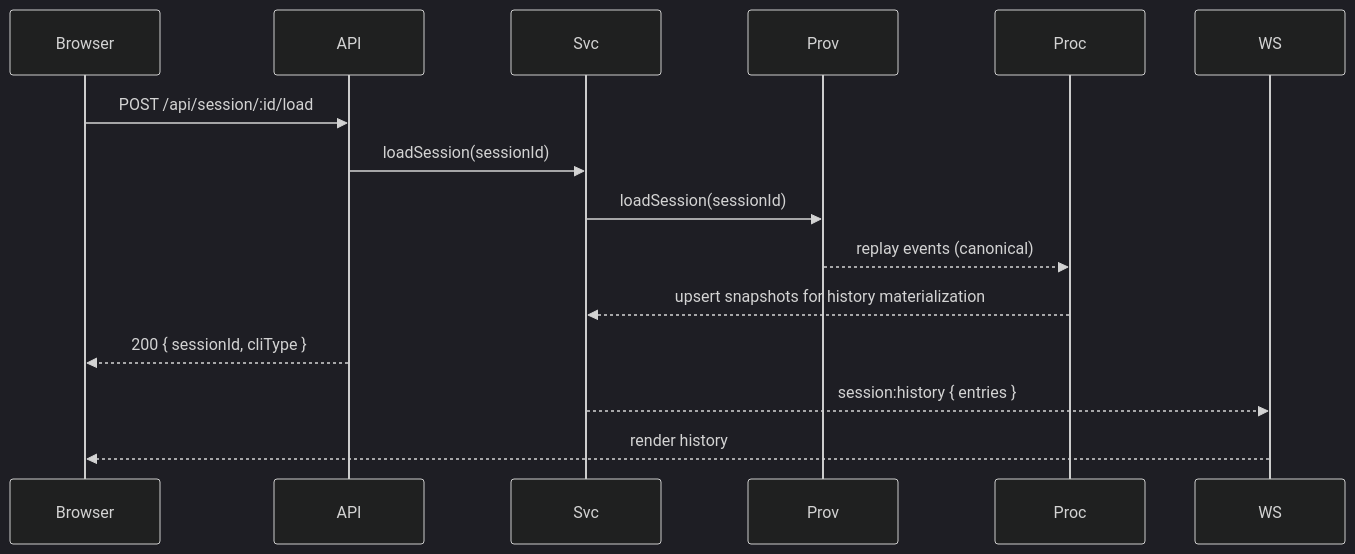
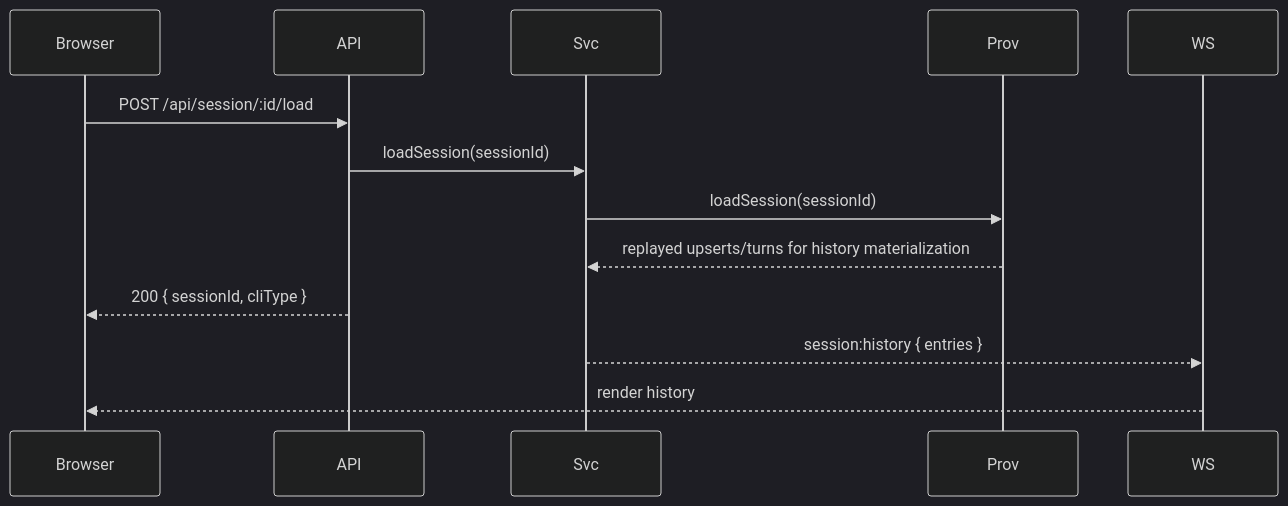
Before and after one commit to liminal-ai/liminal-builder: the seventh of 7 diagrams in docs/epics/02-provider-streaming-pipeline/tech-design.md, drawn with Mermaid (dark theme). The commit also changed other lines of this file and 27 other files, not shown here.

````diff
--- a/docs/epics/02-provider-streaming-pipeline/tech-design.md
+++ b/docs/epics/02-provider-streaming-pipeline/tech-design.md
@@ -347,18 +344,16 @@
 ```mermaid
 sequenceDiagram
     participant Browser
     participant API
     participant Svc
     participant Prov
-    participant Proc
     participant WS
 
     Browser->>API: POST /api/session/:id/load
     API->>Svc: loadSession(sessionId)
     Svc->>Prov: loadSession(sessionId)
-    Prov-->>Proc: replay events (canonical)
-    Proc-->>Svc: upsert snapshots for history materialization
+    Prov-->>Svc: replayed upserts/turns for history materialization
     API-->>Browser: 200 { sessionId, cliType }
     Svc-->>WS: session:history { entries }
     WS-->>Browser: render history
 ```
````
